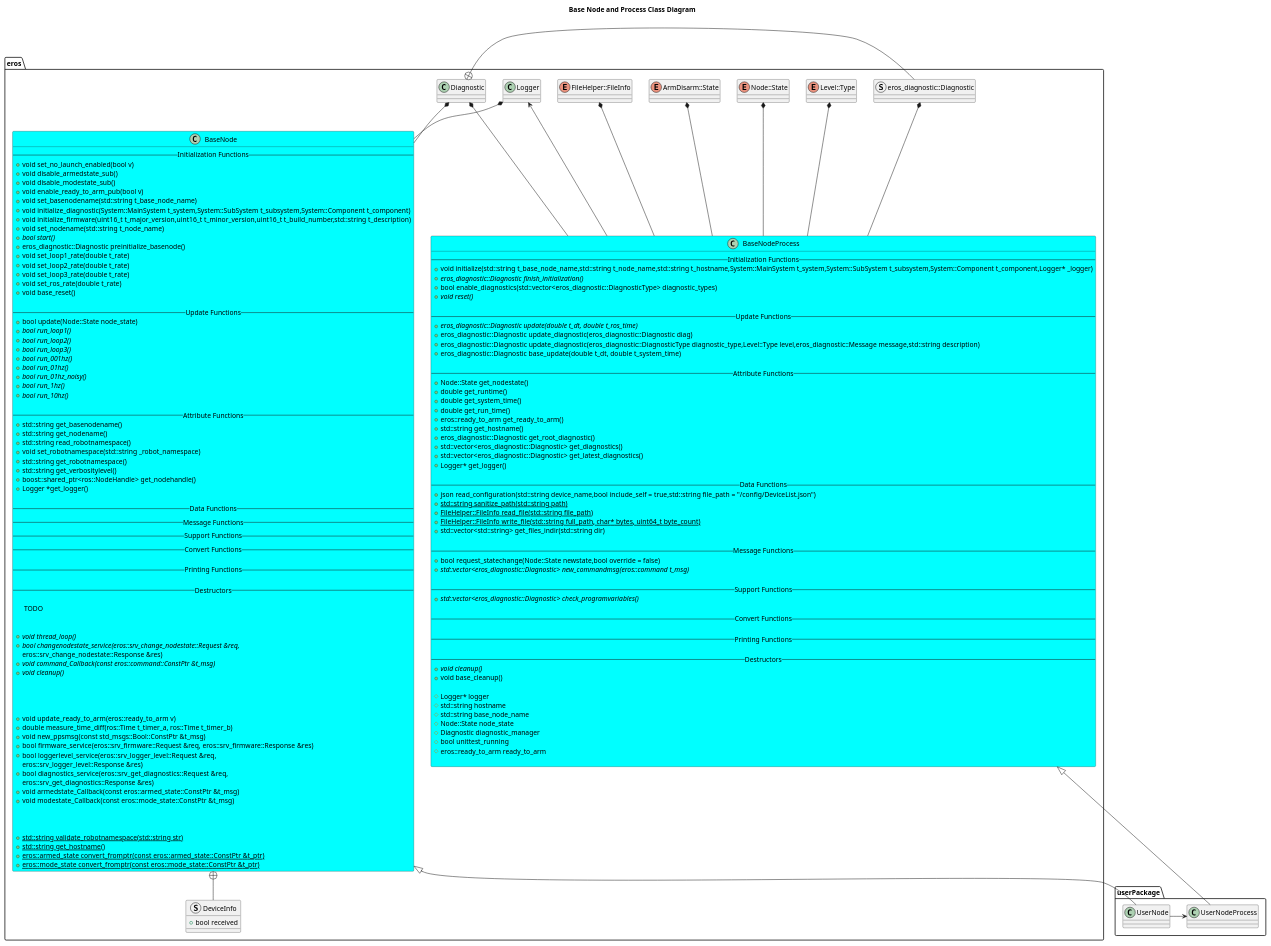
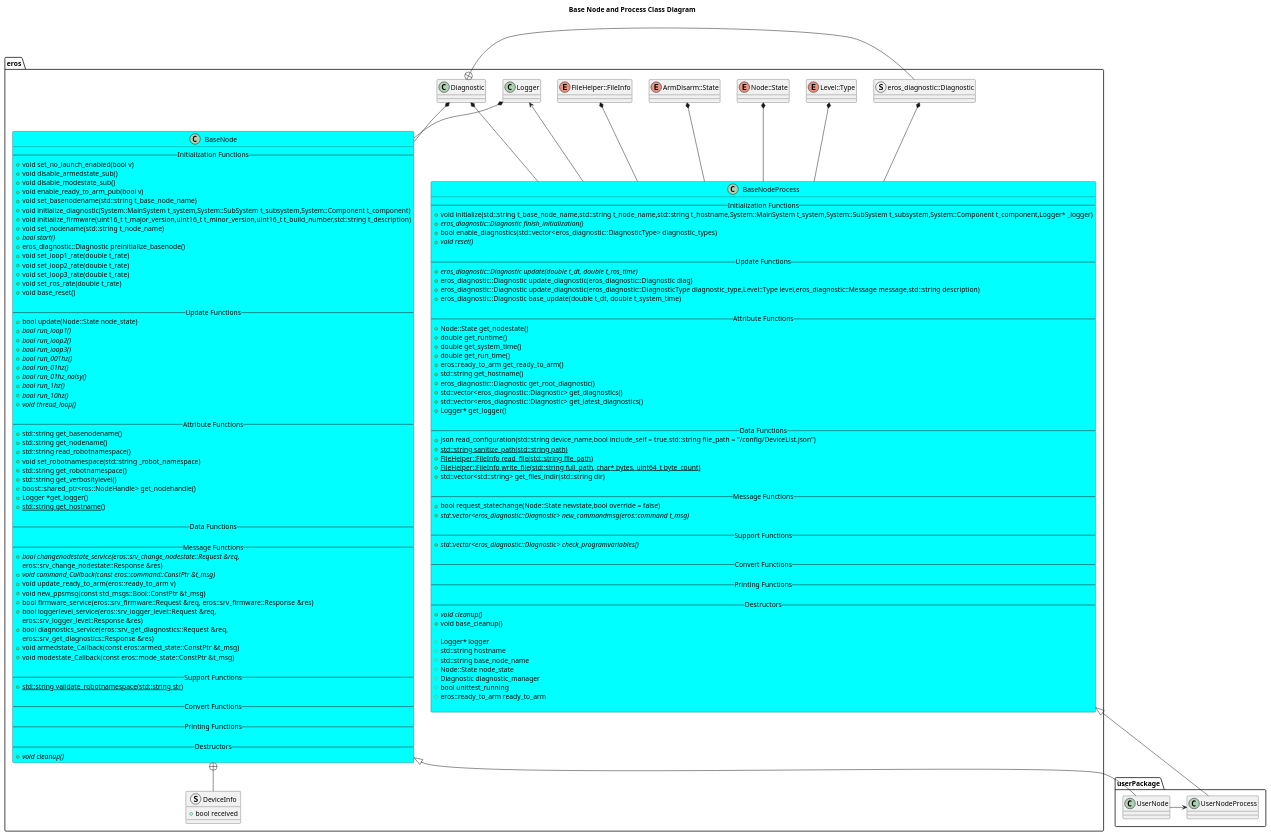
Before and after one commit to dgitz/eros: the diagram in include/eros/doc/BaseNodeClassDiagram.puml, drawn with PlantUML. The commit also changed 1 other file, not shown here.

Commit message:
Bug 1370 cleanup core class diagrams (#252)
* Added safety node.  Fixed some diagnostics.

* Updates

* WIP

* WIP

* WIP

* Updates

* Updates

* Updates

* Updates

```diff
--- a/include/eros/doc/BaseNodeClassDiagram.puml
+++ b/include/eros/doc/BaseNodeClassDiagram.puml
@@ -1,170 +1,159 @@
 @startuml
 title Base Node and Process Class Diagram
 package eros {
     together {
         enum Level::Type
         struct eros_diagnostic::Diagnostic
         enum Node::State
         class Logger
         enum ArmDisarm::State
         enum FileHelper::FileInfo
         class Diagnostic
     }
 
     Logger <-- BaseNodeProcess
     Level::Type *-- BaseNodeProcess
     eros_diagnostic::Diagnostic *-- BaseNodeProcess
     Node::State *-- BaseNodeProcess
     ArmDisarm::State *-- BaseNodeProcess
     FileHelper::FileInfo *-- BaseNodeProcess
     Diagnostic *-- BaseNodeProcess
     Diagnostic *-- BaseNode
     Logger *-- BaseNode
     Diagnostic +- eros_diagnostic::Diagnostic
     class BaseNodeProcess #Cyan {
         -- Initialization Functions --
         +void initialize(std::string t_base_node_name,std::string t_node_name,std::string t_hostname,System::MainSystem t_system,System::SubSystem t_subsystem,System::Component t_component,Logger* _logger)
         +{abstract} eros_diagnostic::Diagnostic finish_initialization()
         +bool enable_diagnostics(std::vector<eros_diagnostic::DiagnosticType> diagnostic_types)
         +{abstract} void reset()
 
         -- Update Functions --
         +{abstract} eros_diagnostic::Diagnostic update(double t_dt, double t_ros_time)
         +eros_diagnostic::Diagnostic update_diagnostic(eros_diagnostic::Diagnostic diag)
         +eros_diagnostic::Diagnostic update_diagnostic(eros_diagnostic::DiagnosticType diagnostic_type,Level::Type level,eros_diagnostic::Message message,std::string description)
         +eros_diagnostic::Diagnostic base_update(double t_dt, double t_system_time)
 
         -- Attribute Functions --
         +Node::State get_nodestate()
         +double get_runtime()
         +double get_system_time() 
         +double get_run_time()
         +eros::ready_to_arm get_ready_to_arm()
         +std::string get_hostname()
         +eros_diagnostic::Diagnostic get_root_diagnostic()
         +std::vector<eros_diagnostic::Diagnostic> get_diagnostics()
         +std::vector<eros_diagnostic::Diagnostic> get_latest_diagnostics()
         +Logger* get_logger()
 
         -- Data Functions --
         +json read_configuration(std::string device_name,bool include_self = true,std::string file_path = "~/config/DeviceList.json")
         +{static} std::string sanitize_path(std::string path)
         +{static} FileHelper::FileInfo read_file(std::string file_path)
         +{static} FileHelper::FileInfo write_file(std::string full_path, char* bytes, uint64_t byte_count)
         +std::vector<std::string> get_files_indir(std::string dir)
 
         -- Message Functions --
         +bool request_statechange(Node::State newstate,bool override = false)
         +{abstract} std::vector<eros_diagnostic::Diagnostic> new_commandmsg(eros::command t_msg)
         
         -- Support Functions --
         +{abstract} std::vector<eros_diagnostic::Diagnostic> check_programvariables() 
 
         -- Convert Functions --
         
         -- Printing Functions --
 
         -- Destructors --
         +{abstract} void cleanup()
         +void base_cleanup()
   
         #Logger* logger
         #std::string hostname
         #std::string base_node_name
         #Node::State node_state
         #Diagnostic diagnostic_manager
         #bool unittest_running
         #eros::ready_to_arm ready_to_arm
 
     }
     struct DeviceInfo {
         +bool received
     }
     class BaseNode #Cyan {
         -- Initialization Functions --
         +void set_no_launch_enabled(bool v)
         +void disable_armedstate_sub()
         +void disable_modestate_sub()
         +void enable_ready_to_arm_pub(bool v)
         +void set_basenodename(std::string t_base_node_name)
         +void initialize_diagnostic(System::MainSystem t_system,System::SubSystem t_subsystem,System::Component t_component)
         +void initialize_firmware(uint16_t t_major_version,uint16_t t_minor_version,uint16_t t_build_number,std::string t_description)
         +void set_nodename(std::string t_node_name)
         +{abstract} bool start()
         +eros_diagnostic::Diagnostic preinitialize_basenode()
         +void set_loop1_rate(double t_rate)
         +void set_loop2_rate(double t_rate)
         +void set_loop3_rate(double t_rate)
         +void set_ros_rate(double t_rate)
         +void base_reset()
 
         -- Update Functions --
         +bool update(Node::State node_state)
         +{abstract} bool run_loop1()
         +{abstract} bool run_loop2()
         +{abstract} bool run_loop3()
         +{abstract} bool run_001hz()
         +{abstract} bool run_01hz()
         +{abstract} bool run_01hz_noisy()
         +{abstract} bool run_1hz()
         +{abstract} bool run_10hz()
+        +{abstract} void thread_loop()
 
         -- Attribute Functions --
         +std::string get_basenodename()
         +std::string get_nodename()
         +std::string read_robotnamespace()
         +void set_robotnamespace(std::string _robot_namespace)
         +std::string get_robotnamespace()
         +std::string get_verbositylevel()
         +boost::shared_ptr<ros::NodeHandle> get_nodehandle()
         +Logger *get_logger()
+        +{static} std::string get_hostname()
 
         -- Data Functions --
+
         -- Message Functions --
-        -- Support Functions --
-        -- Convert Functions --
-        
-        -- Printing Functions --
-
-        -- Destructors --
-
-        -- TODO -- 
-        
-        
-        +{abstract} void thread_loop()
         +{abstract} bool changenodestate_service(eros::srv_change_nodestate::Request &req,
                                             eros::srv_change_nodestate::Response &res)
         +{abstract} void command_Callback(const eros::command::ConstPtr &t_msg)
-        +{abstract} void cleanup()
-
-        
-        
-        
         +void update_ready_to_arm(eros::ready_to_arm v)
-        +double measure_time_diff(ros::Time t_timer_a, ros::Time t_timer_b)
         +void new_ppsmsg(const std_msgs::Bool::ConstPtr &t_msg)
         +bool firmware_service(eros::srv_firmware::Request &req, eros::srv_firmware::Response &res)
         +bool loggerlevel_service(eros::srv_logger_level::Request &req,
                                 eros::srv_logger_level::Response &res)
         +bool diagnostics_service(eros::srv_get_diagnostics::Request &req,
                                 eros::srv_get_diagnostics::Response &res)
         +void armedstate_Callback(const eros::armed_state::ConstPtr &t_msg)
         +void modestate_Callback(const eros::mode_state::ConstPtr &t_msg)
 
+        -- Support Functions --
+        +{static} std::string validate_robotnamespace(std::string str)
 
+        -- Convert Functions --
+        
+        -- Printing Functions --
 
-        +{static} std::string validate_robotnamespace(std::string str)
-        +{static} std::string get_hostname()
-        +{static} eros::armed_state convert_fromptr(const eros::armed_state::ConstPtr &t_ptr)
-        +{static} eros::mode_state convert_fromptr(const eros::mode_state::ConstPtr &t_ptr)
+        -- Destructors --
+        +{abstract} void cleanup()
     }
     BaseNode +-- DeviceInfo
 }
 package userPackage {
     class UserNodeProcess
     class UserNode
     BaseNode <|-- UserNode
     BaseNodeProcess <|-- UserNodeProcess
     UserNode -> UserNodeProcess 
 }
 @enduml
```
